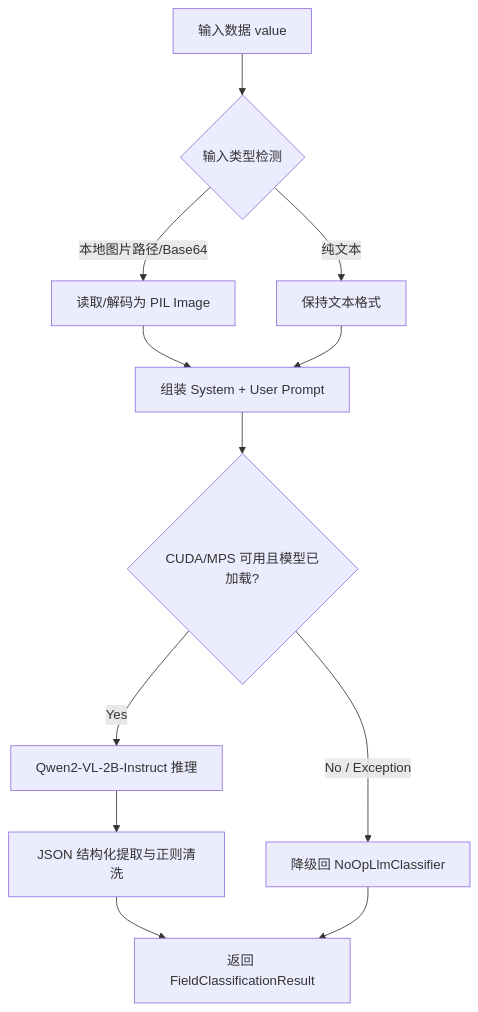
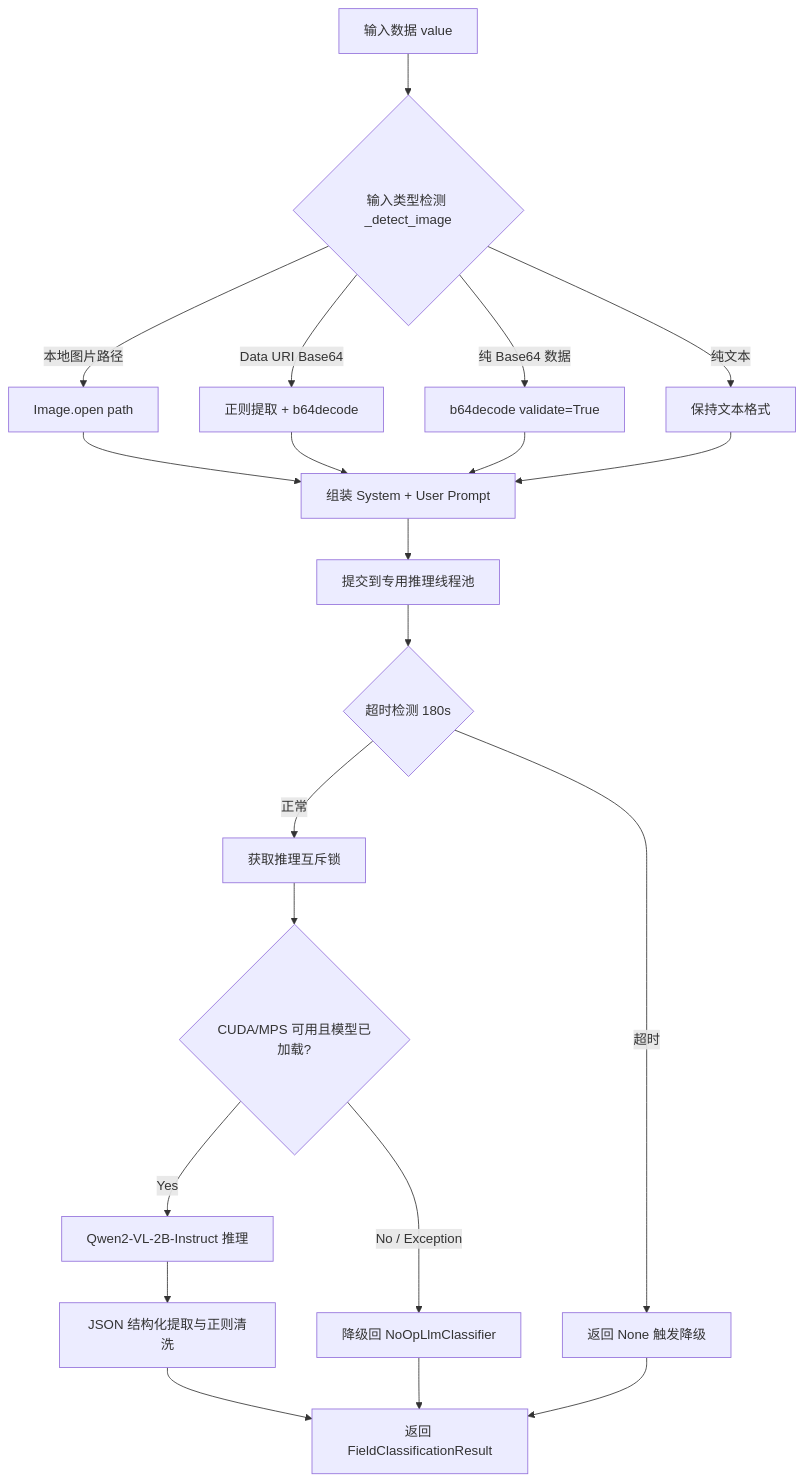
Before and after one commit to fengzhizi319/privacy-local-agent: the diagram in docs/classification_llm/design.md, drawn with Mermaid. The commit also changed other lines of this file and 13 other files, not shown here.

````diff
--- a/docs/classification_llm/design.md
+++ b/docs/classification_llm/design.md
@@ -62,17 +87,27 @@
 ```mermaid
 flowchart TD
-    Input[输入数据 value] --> Detect{输入类型检测}
-    Detect -->|本地图片路径/Base64| LoadImg[读取/解码为 PIL Image]
+    Input[输入数据 value] --> Detect{输入类型检测 _detect_image}
+    Detect -->|本地图片路径| LoadPath[Image.open path]
+    Detect -->|Data URI Base64| DecodeURI[正则提取 + b64decode]
+    Detect -->|纯 Base64 数据| DecodeRaw[b64decode validate=True]
     Detect -->|纯文本| DirectTxt[保持文本格式]
 
-    LoadImg --> Prompt[组装 System + User Prompt]
+    LoadPath --> Prompt[组装 System + User Prompt]
+    DecodeURI --> Prompt
+    DecodeRaw --> Prompt
     DirectTxt --> Prompt
 
-    Prompt --> Infr{CUDA/MPS 可用且模型已加载?}
+    Prompt --> Submit[提交到专用推理线程池]
+    Submit --> Timeout{超时检测 180s}
+    Timeout -->|超时| TimeoutFallback[返回 None 触发降级]
+    Timeout -->|正常| Lock[获取推理互斥锁]
+
+    Lock --> Infr{CUDA/MPS 可用且模型已加载?}
     Infr -->|Yes| Qwen2VL[Qwen2-VL-2B-Instruct 推理]
     Infr -->|No / Exception| Fallback[降级回 NoOpLlmClassifier]
 
     Qwen2VL --> Parse[JSON 结构化提取与正则清洗]
     Parse --> Success[返回 FieldClassificationResult]
     Fallback --> Success
+    TimeoutFallback --> Success
 ```
````
